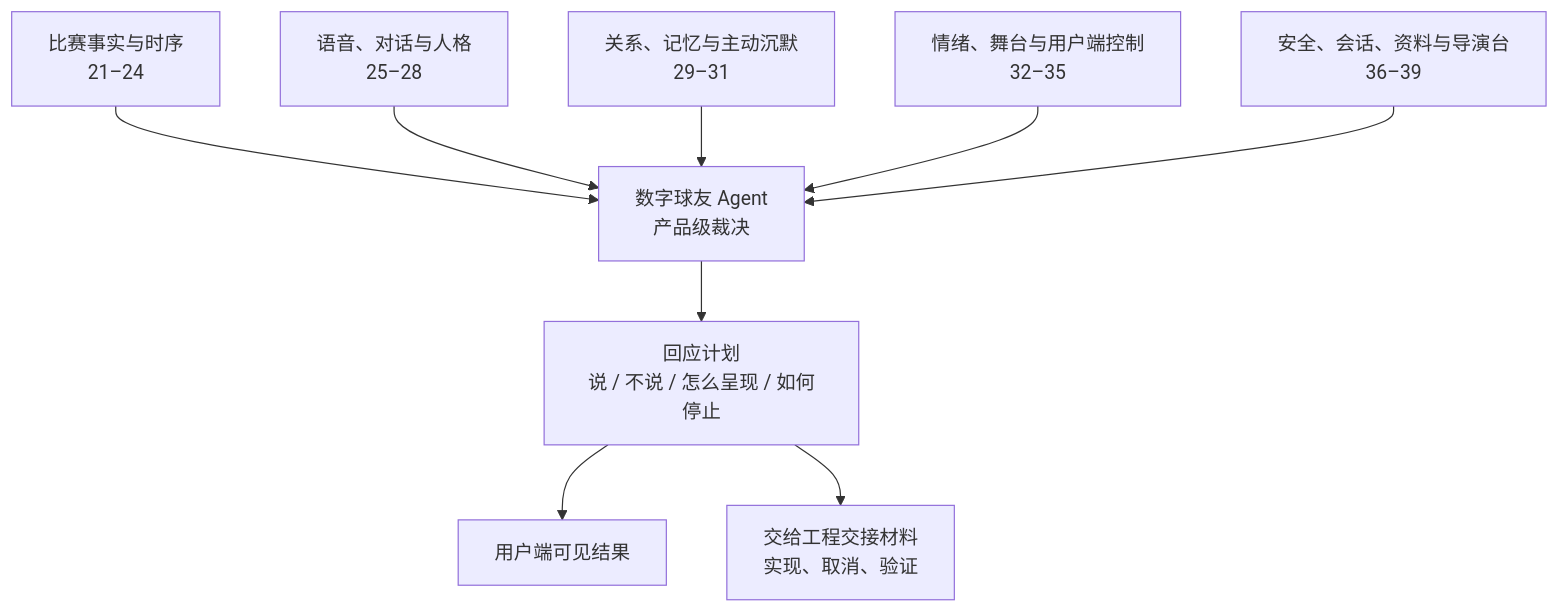
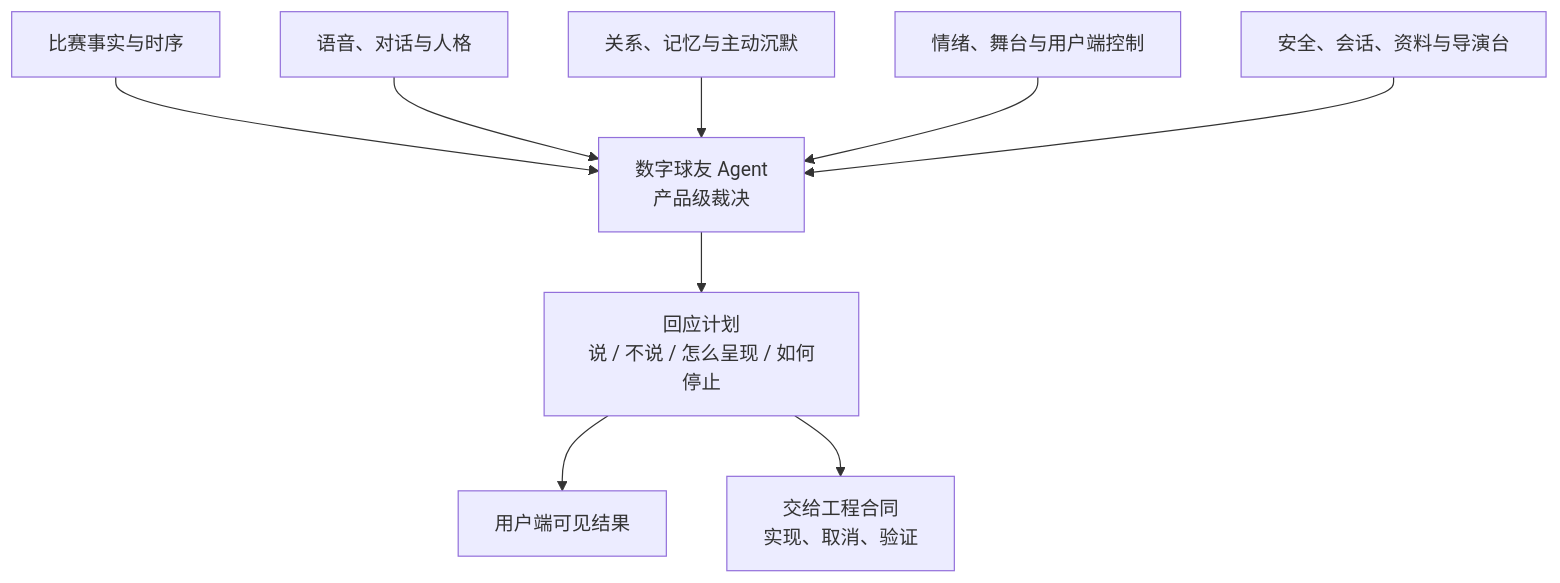
Before and after one commit to weiz98417-crypto/qiuqiu: the first of 8 diagrams in docs/球球全套资料/4.产品设计/33A-数字球友Agent运行时与决策编排设计.md, drawn with Mermaid. The commit also changed other lines of this file and 49 other files, not shown here.

```diff
--- a/docs/球球全套资料/4.产品设计/33A-数字球友Agent运行时与决策编排设计.md
+++ b/docs/球球全套资料/4.产品设计/33A-数字球友Agent运行时与决策编排设计.md
@@ -43,11 +43,11 @@
 ~~~mermaid
 flowchart TD
-    A["比赛事实与时序<br/>21–24"] --> R["数字球友 Agent<br/>产品级裁决"]
-    B["语音、对话与人格<br/>25–28"] --> R
-    C["关系、记忆与主动沉默<br/>29–31"] --> R
-    D["情绪、舞台与用户端控制<br/>32–35"] --> R
-    E["安全、会话、资料与导演台<br/>36–39"] --> R
+    A["比赛事实与时序"] --> R["数字球友 Agent<br/>产品级裁决"]
+    B["语音、对话与人格"] --> R
+    C["关系、记忆与主动沉默"] --> R
+    D["情绪、舞台与用户端控制"] --> R
+    E["安全、会话、资料与导演台"] --> R
     R --> P["回应计划<br/>说 / 不说 / 怎么呈现 / 如何停止"]
     P --> U["用户端可见结果"]
-    P --> H["交给工程交接材料<br/>实现、取消、验证"]
+    P --> H["交给工程合同<br/>实现、取消、验证"]
 ~~~
```
